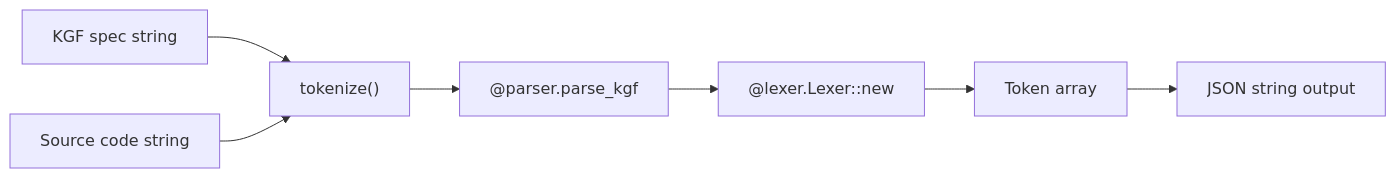
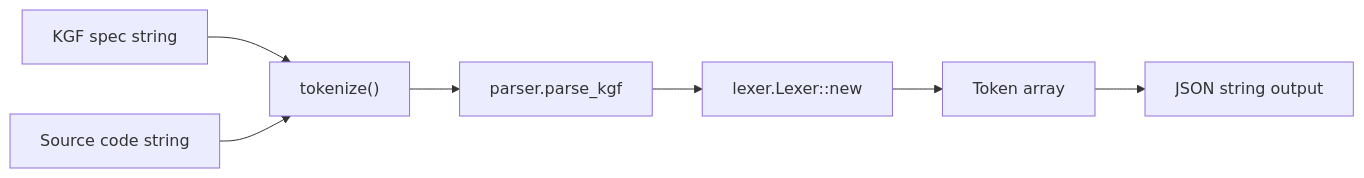
The diagram in .indexion/wiki/cmd-kgf-tokenizer.md (pogin503/indexion), drawn with Mermaid before and after one commit. The commit also changed 15 other files, not shown here.

First line of the commit message:
fix: remove @ from Mermaid node labels for GitHub Wiki rendering

````diff
--- a/.indexion/wiki/cmd-kgf-tokenizer.md
+++ b/.indexion/wiki/cmd-kgf-tokenizer.md
@@ -10,9 +10,9 @@
 ```mermaid
 graph LR
     spec_text["KGF spec string"] --> tokenize
     source["Source code string"] --> tokenize
-    tokenize["tokenize()"] --> parser["@parser.parse_kgf"]
-    parser --> lexer["@lexer.Lexer::new"]
+    tokenize["tokenize()"] --> parser["parser.parse_kgf"]
+    parser --> lexer["lexer.Lexer::new"]
     lexer --> tokens["Token array"]
     tokens --> json["JSON string output"]
 ```
````
